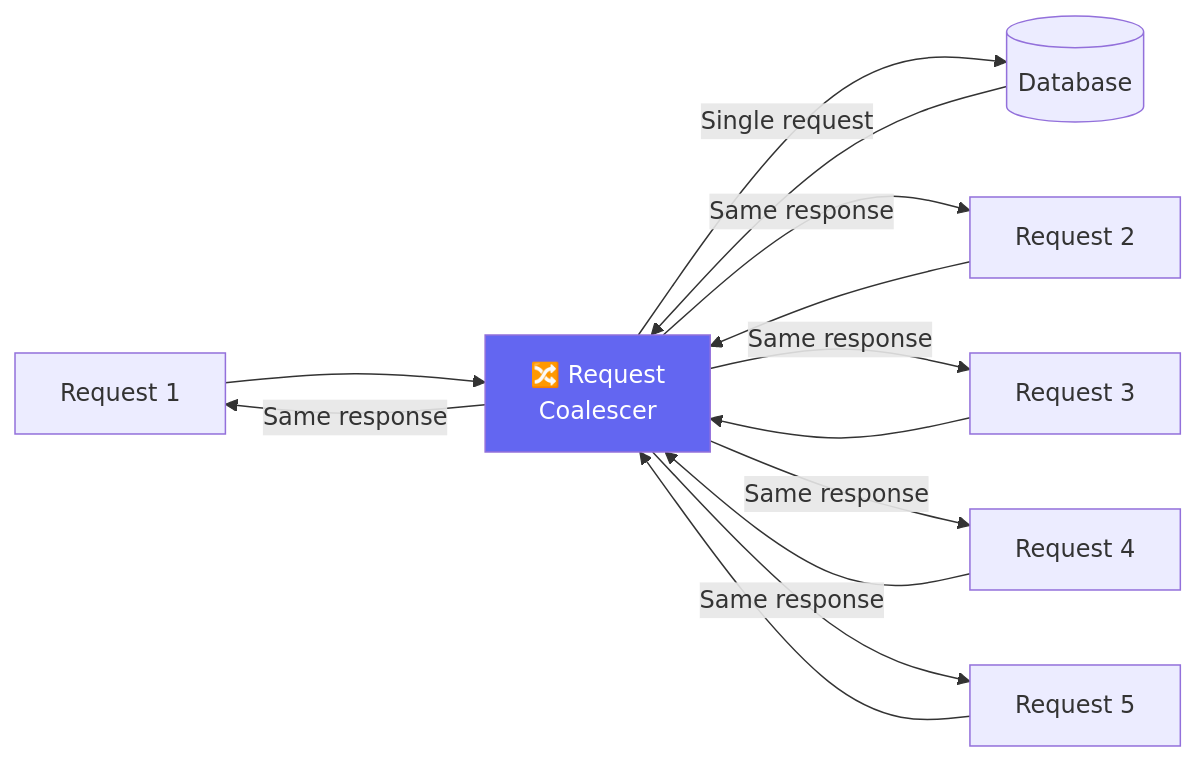
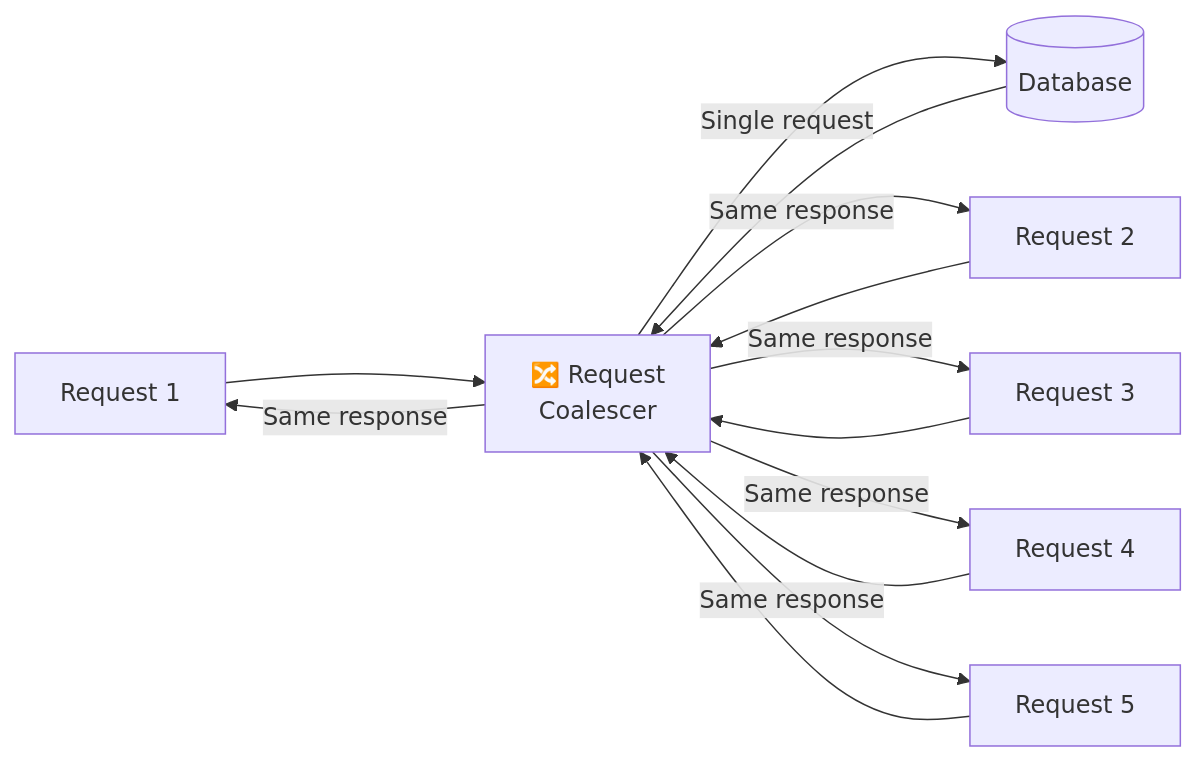
One commit to amolkharat18/blogs changed the eighth of 12 diagrams in system-design/thundering-herd-problem.md. Above: the diagram before and after it, drawn with Mermaid. The commit also changed other lines of this file, not shown here.

First line of the commit message:
Refactor diagrams and clean up code examples

````diff
--- a/system-design/thundering-herd-problem.md
+++ b/system-design/thundering-herd-problem.md
@@ -296,18 +274,16 @@
 ```mermaid
 flowchart LR
     R1[Request 1] --> Coalescer
     R2[Request 2] --> Coalescer
     R3[Request 3] --> Coalescer
     R4[Request 4] --> Coalescer
     R5[Request 5] --> Coalescer
     
-    Coalescer[🔀 Request\nCoalescer] -->|Single request| DB[(Database)]
+    Coalescer[🔀 Request<br>Coalescer] -->|Single request| DB[(Database)]
     DB --> Coalescer
     Coalescer -->|Same response| R1
     Coalescer -->|Same response| R2
     Coalescer -->|Same response| R3
     Coalescer -->|Same response| R4
     Coalescer -->|Same response| R5
-    
-    style Coalescer fill:#6366f1,color:#fff
 ```
````
